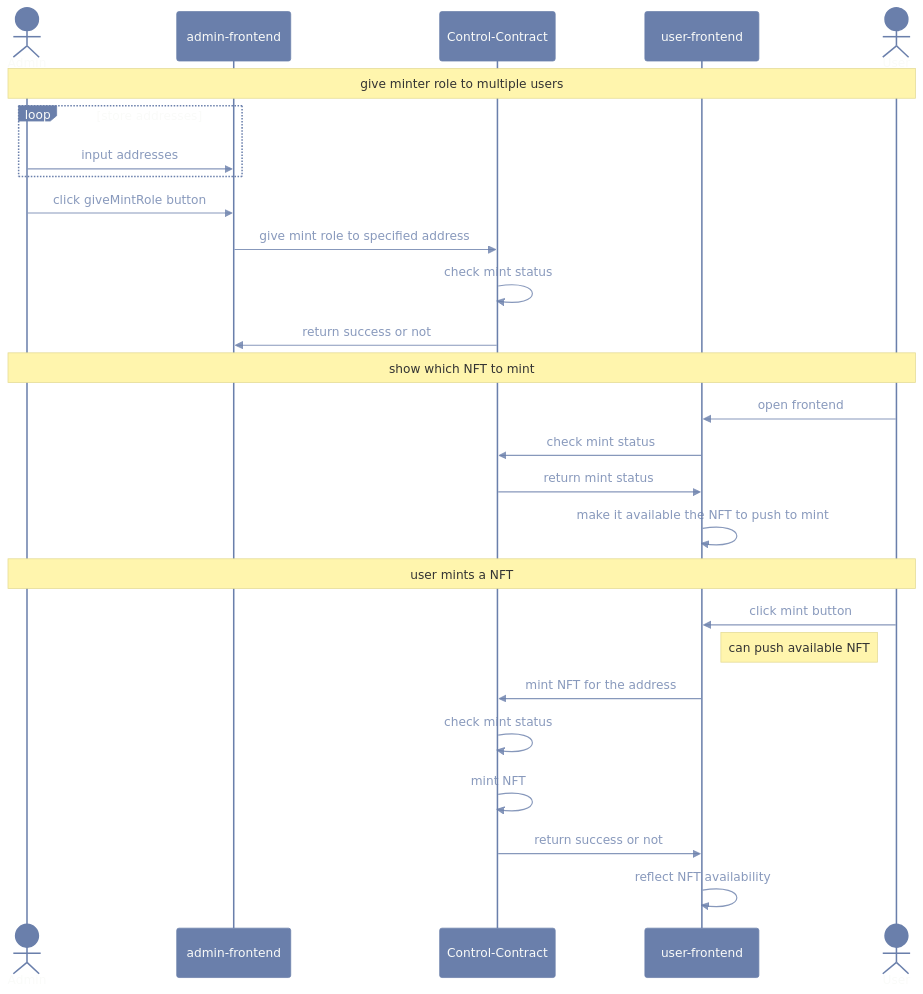
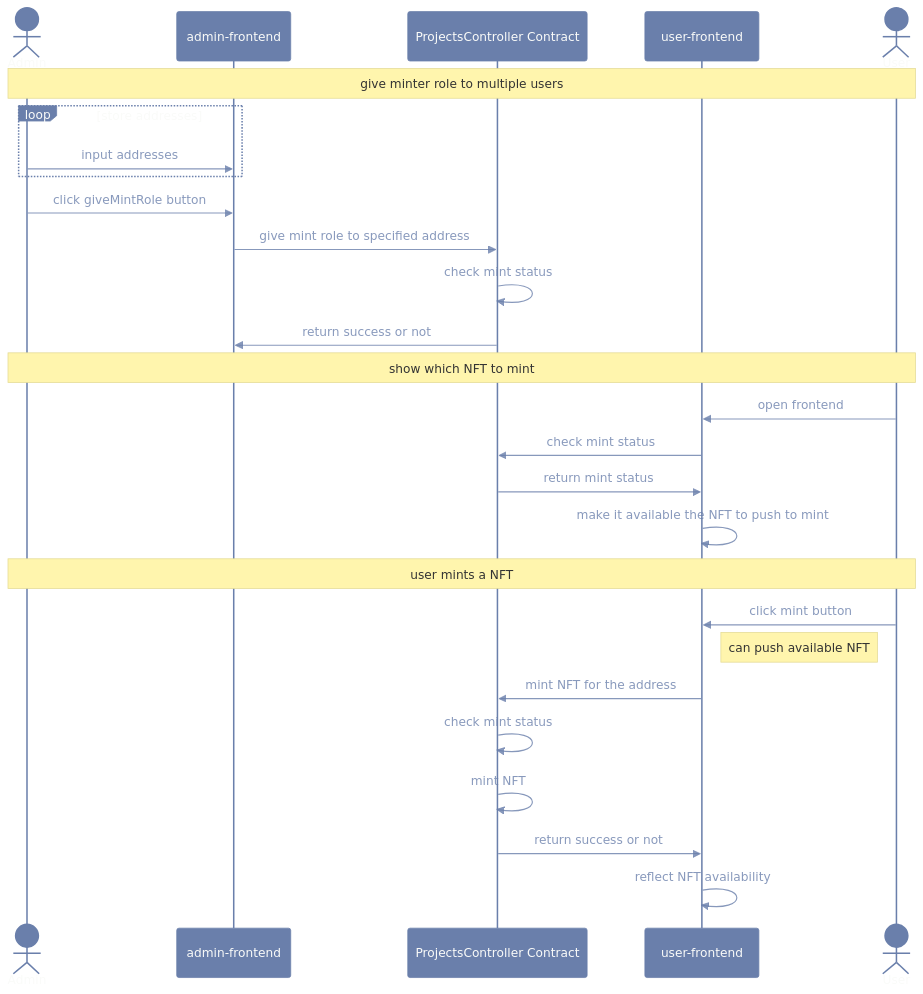
The first of 3 diagrams in docs/NFT-distribution-diagram.md (unchain-tech/passport-nfts), drawn with Mermaid before and after one commit. The commit also changed other lines of this file, not shown here.

Commit message:
chore: update class diagram

````diff
--- a/docs/NFT-distribution-diagram.md
+++ b/docs/NFT-distribution-diagram.md
@@ -1,30 +4,30 @@
 ```mermaid
 %%{init:{'theme':'base','themeVariables':{'primaryColor':'#6A7FAB','primaryTextColor':'#FAFBF9','primaryBorderColor':'#6A7FAB','lineColor':'#6A7FABCC','textColor':'#6A7FABCC','fontSize':'20px'}}}%%
 sequenceDiagram
     actor A as Admin
     participant AF as admin-frontend
-    participant CC as Control-Contract
+    participant CC as ProjectsController Contract
     participant UF as user-frontend
     actor U as User
     Note over A,U: give minter role to multiple users
     loop store addresses
         A->>AF: input addresses
     end
     A->>AF: click giveMintRole button
     AF->>CC: give mint role to specified address
     CC->>CC: check mint status
     CC->>AF: return success or not
     Note over A,U: show which NFT to mint
     U->>UF: open frontend
     UF->>CC: check mint status
     CC->>UF: return mint status
     UF->>UF: make it available the NFT to push to mint
     Note over A,U: user mints a NFT
     U->>UF: click mint button
     Note right of UF: can push available NFT
     UF->>CC: mint NFT for the address
     CC->>CC: check mint status
     CC->>CC: mint NFT
     CC->>UF: return success or not
     UF->>UF: reflect NFT availability
 ```
````
